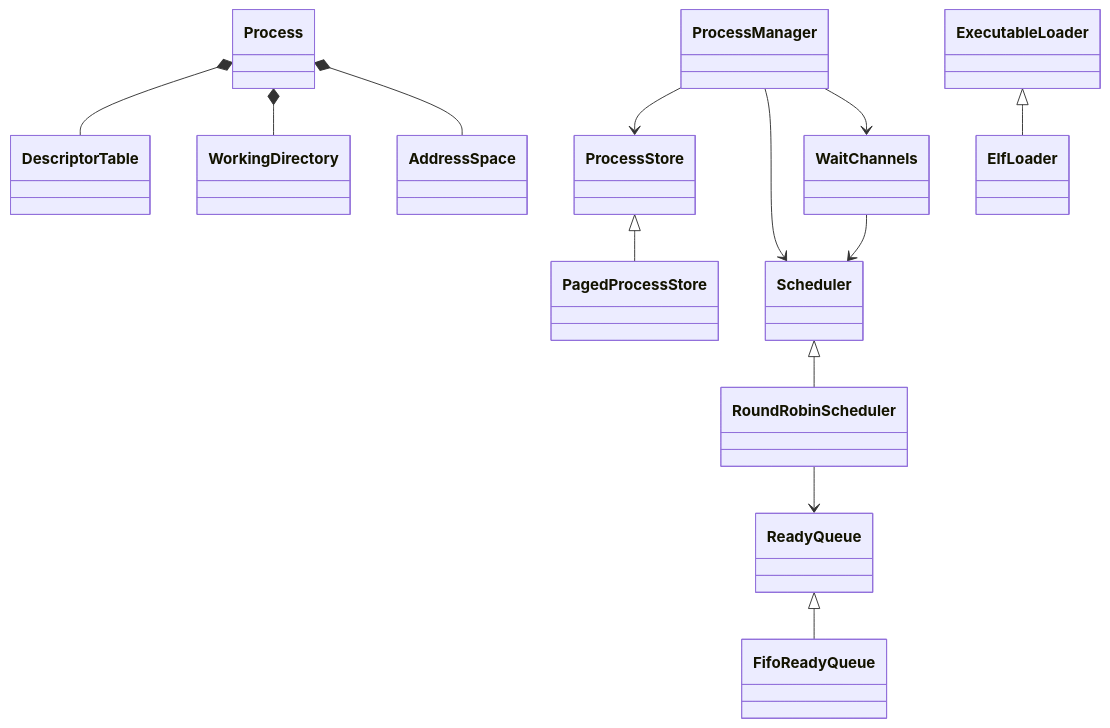
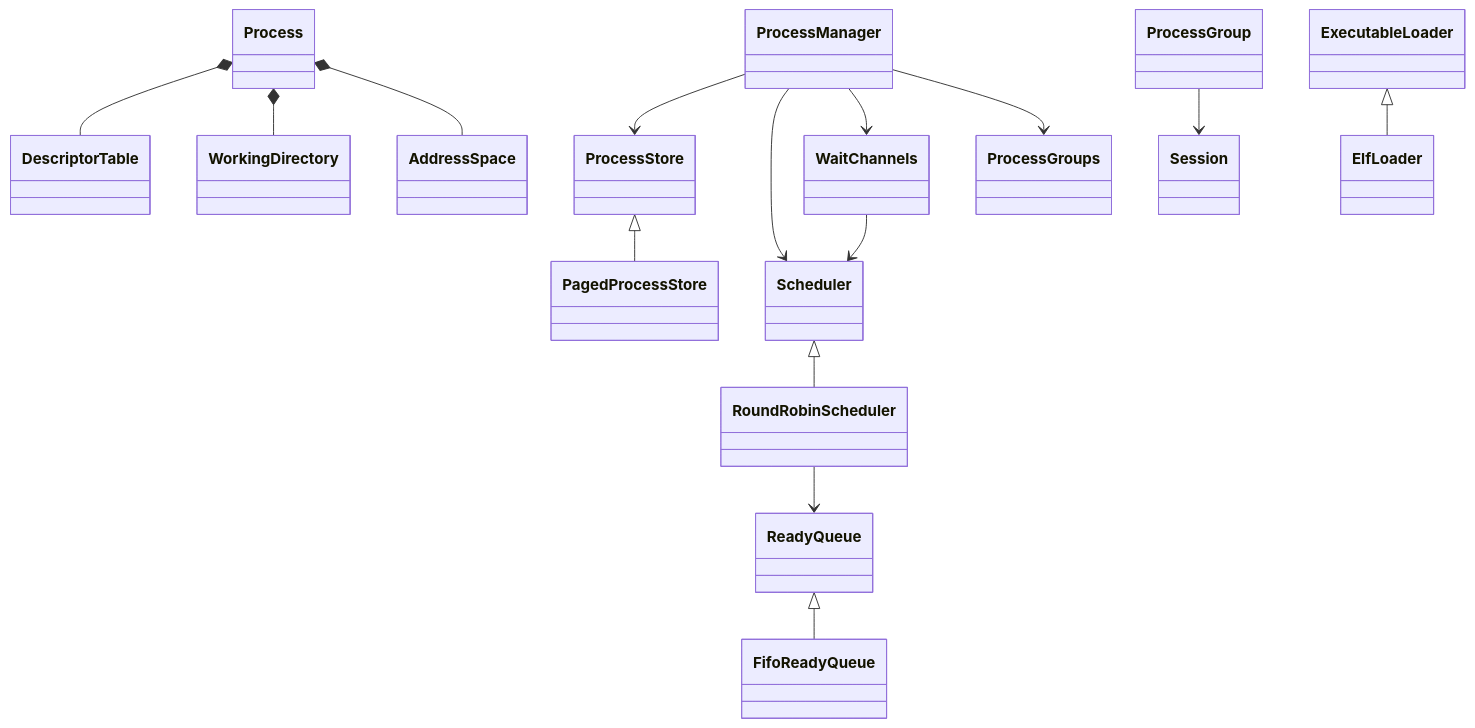
One commit to barrenham/xv6-cpp changed the diagram in kernel/process/README.md. Above: the diagram before and after it, drawn with Mermaid. The commit also changed other lines of this file and 86 other files, not shown here.

Commit message:
Implement process groups, terminal signals and shell job control

````diff
--- a/kernel/process/README.md
+++ b/kernel/process/README.md
@@ -24,15 +26,17 @@
 ```mermaid
 classDiagram
   Process *-- DescriptorTable
   Process *-- WorkingDirectory
   Process *-- AddressSpace
   ProcessStore <|-- PagedProcessStore
   ReadyQueue <|-- FifoReadyQueue
   Scheduler <|-- RoundRobinScheduler
   ProcessManager --> ProcessStore
   ProcessManager --> Scheduler
   ProcessManager --> WaitChannels
+  ProcessManager --> ProcessGroups
+  ProcessGroup --> Session
   WaitChannels --> Scheduler
   RoundRobinScheduler --> ReadyQueue
   ExecutableLoader <|-- ElfLoader
 ```
````
